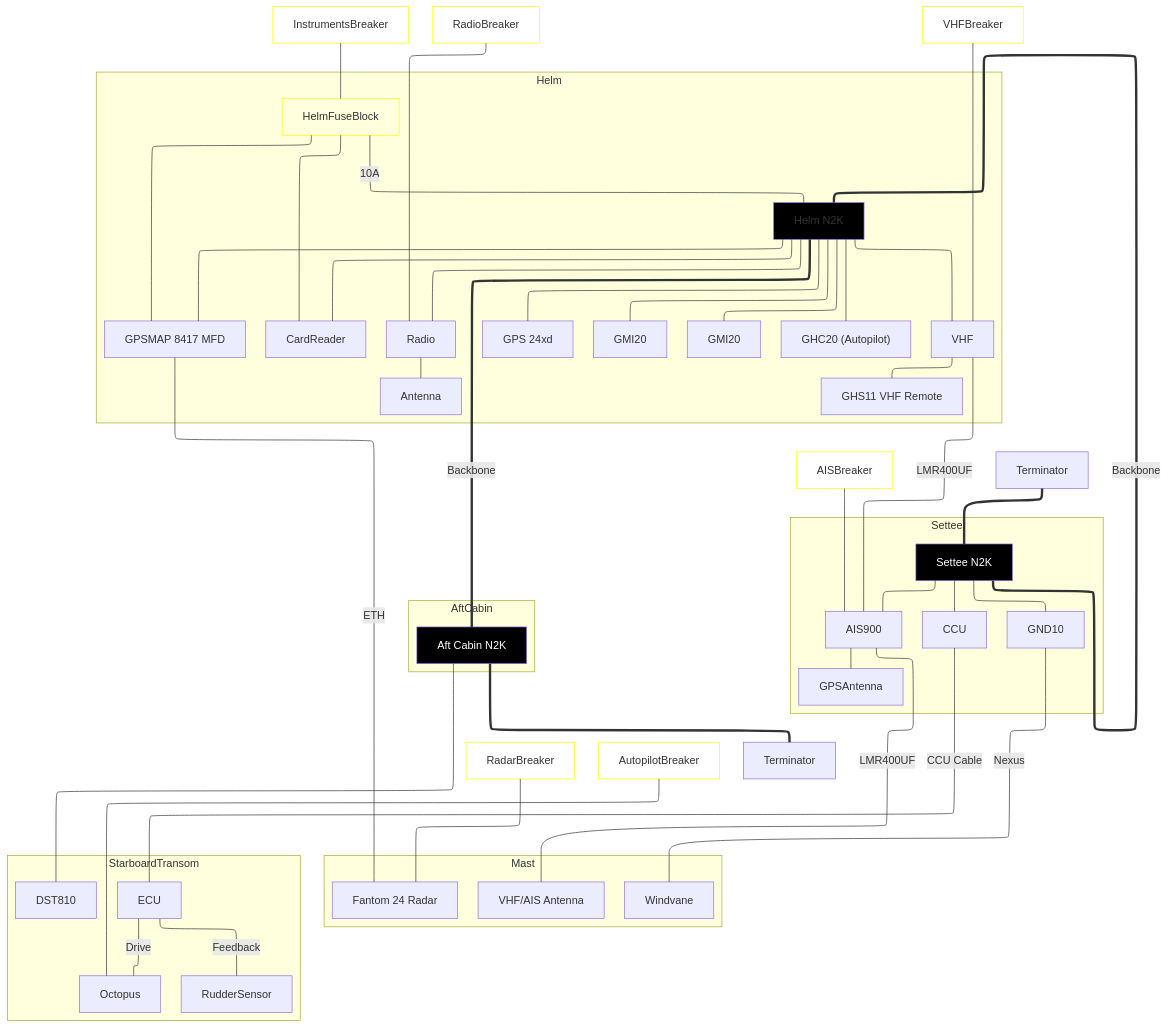
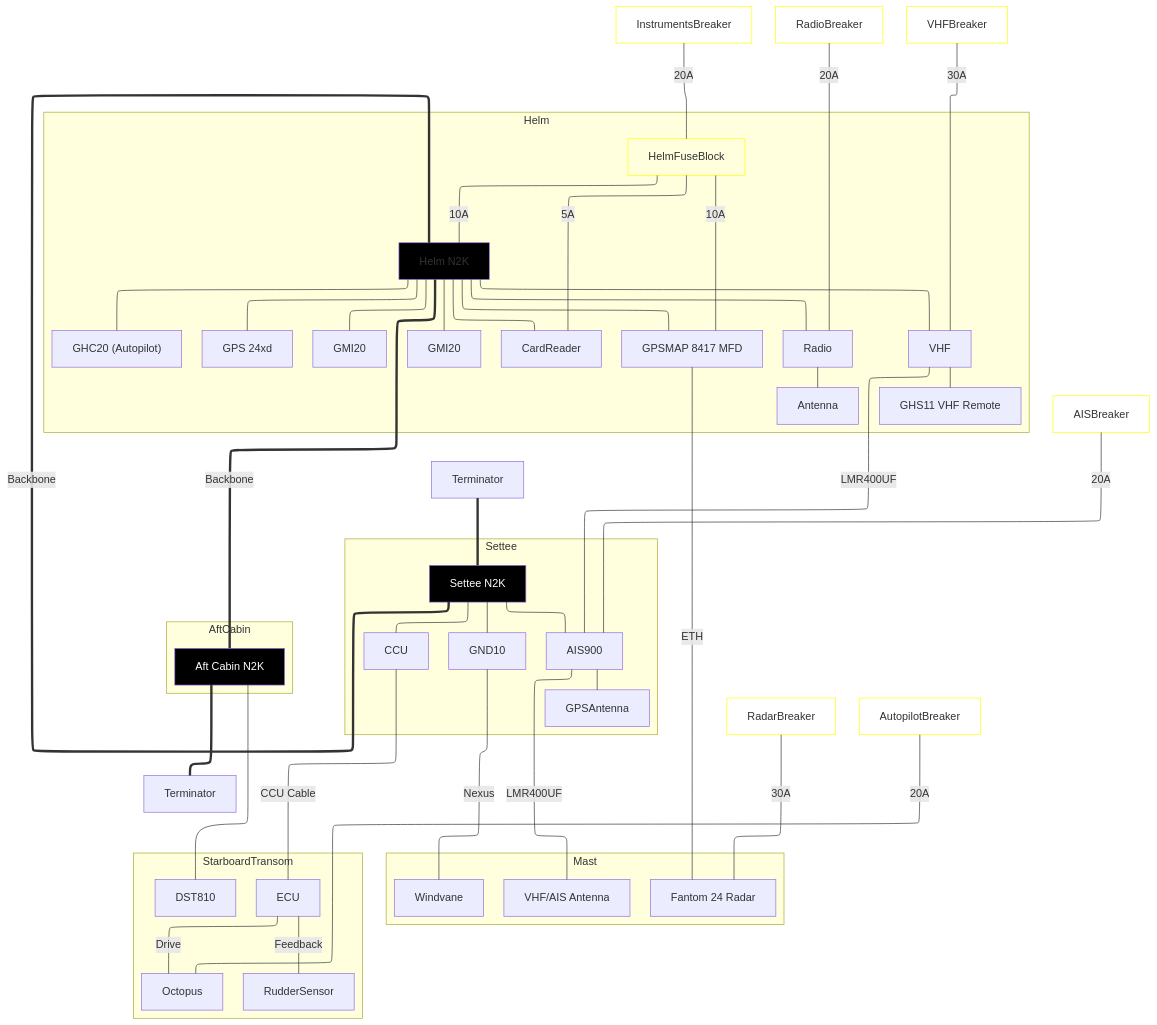
The diagram in owners_manual/Garmin.md (dcoon/svharmony), drawn with Mermaid before and after one commit. The commit also changed other lines of this file, not shown here.

Commit message:
vault backup: 2023-12-30 08:16:59

````diff
--- a/owners_manual/Garmin.md
+++ b/owners_manual/Garmin.md
@@ -2,69 +8,69 @@
 ```mermaid
 
 flowchart-elk TB
 
 classDef N2K fill:black
 classDef Power stroke:yellow,fill:none
 
 subgraph Mast
     Antenna["VHF/AIS Antenna"]
     Radar["Fantom 24 Radar"]:::Garmin
     Windvane
 end
 
-RadarBreaker:::Power --- Radar
+RadarBreaker:::Power ---|30A| Radar
 
 subgraph Helm
 	HelmFuseBlock:::Power
 	MFD["GPSMAP 8417 MFD"]:::Garmin
 	MFD ---|ETH| Radar
 	CockpitN2K[Helm N2K]:::N2K
 	HelmFuseBlock ---|10A| CockpitN2K
-	HelmFuseBlock --- MFD
-	HelmFuseBlock --- CardReader
+	HelmFuseBlock ---|10A| MFD
+	HelmFuseBlock ---|5A| CardReader
 	CockpitN2K --- MFD
 	CockpitN2K --- GMI201["GMI20"]
 	CockpitN2K --- GMI202["GMI20"]
 	CockpitN2K --- GHC20["GHC20 (Autopilot)"]
 	CockpitN2K --- GPS["GPS 24xd"]
 	CockpitN2K --- CardReader
 	CockpitN2K --- Radio --- AMFMAntenna["Antenna"]
 	CockpitN2K --- VHF
 	VHF --- VHFRemote["GHS11 VHF Remote"]
 end
 
-InstrumentsBreaker:::Power --- HelmFuseBlock
-RadioBreaker:::Power --- Radio
-VHFBreaker:::Power --- VHF
+InstrumentsBreaker:::Power ---|20A| HelmFuseBlock
+RadioBreaker:::Power ---|20A| Radio
+VHFBreaker:::Power ---|30A| VHF
 
 subgraph Settee
 	SalonN2K[<font color=white>Settee N2K]:::N2K
 	SalonN2K --- AIS["AIS900"]
 	AIS --- GPSAntenna
 	SalonN2K --- GND10:::Garmin ---|Nexus| Windvane
 	SalonN2K --- CCU
 	VHF ---|LMR400UF| AIS["AIS900"] ---|LMR400UF| Antenna
 end
 
-AISBreaker:::Power --- AIS
+AISBreaker:::Power ---|20A| AIS
 
 subgraph AftCabin
 	StarboardN2K[<font color=white>Aft Cabin N2K]:::N2K
 end
 
 subgraph StarboardTransom
 	CCU ---|CCU Cable| ECU
 	ECU ---|Drive| Octopus
 	ECU ---|Feedback| RudderSensor
 	StarboardN2K --- DST810
 end
 
-AutopilotBreaker:::Power --- Octopus
+AutopilotBreaker:::Power ---|20A| Octopus
 
 
 
 
 T1["Terminator"] === SalonN2K ===|Backbone| CockpitN2K ===|Backbone| StarboardN2K === T2["Terminator"]
 
 
 ```
````
